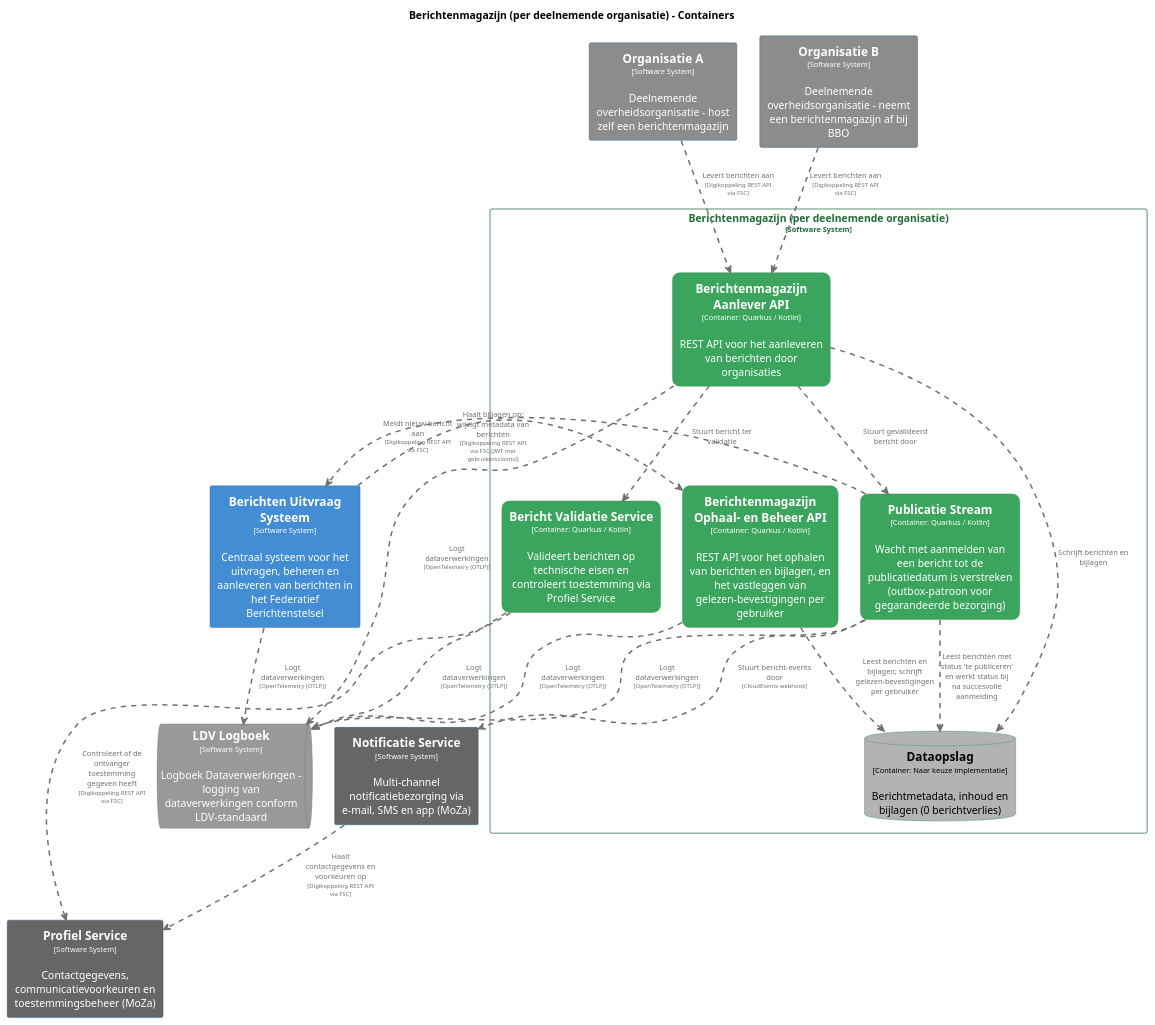
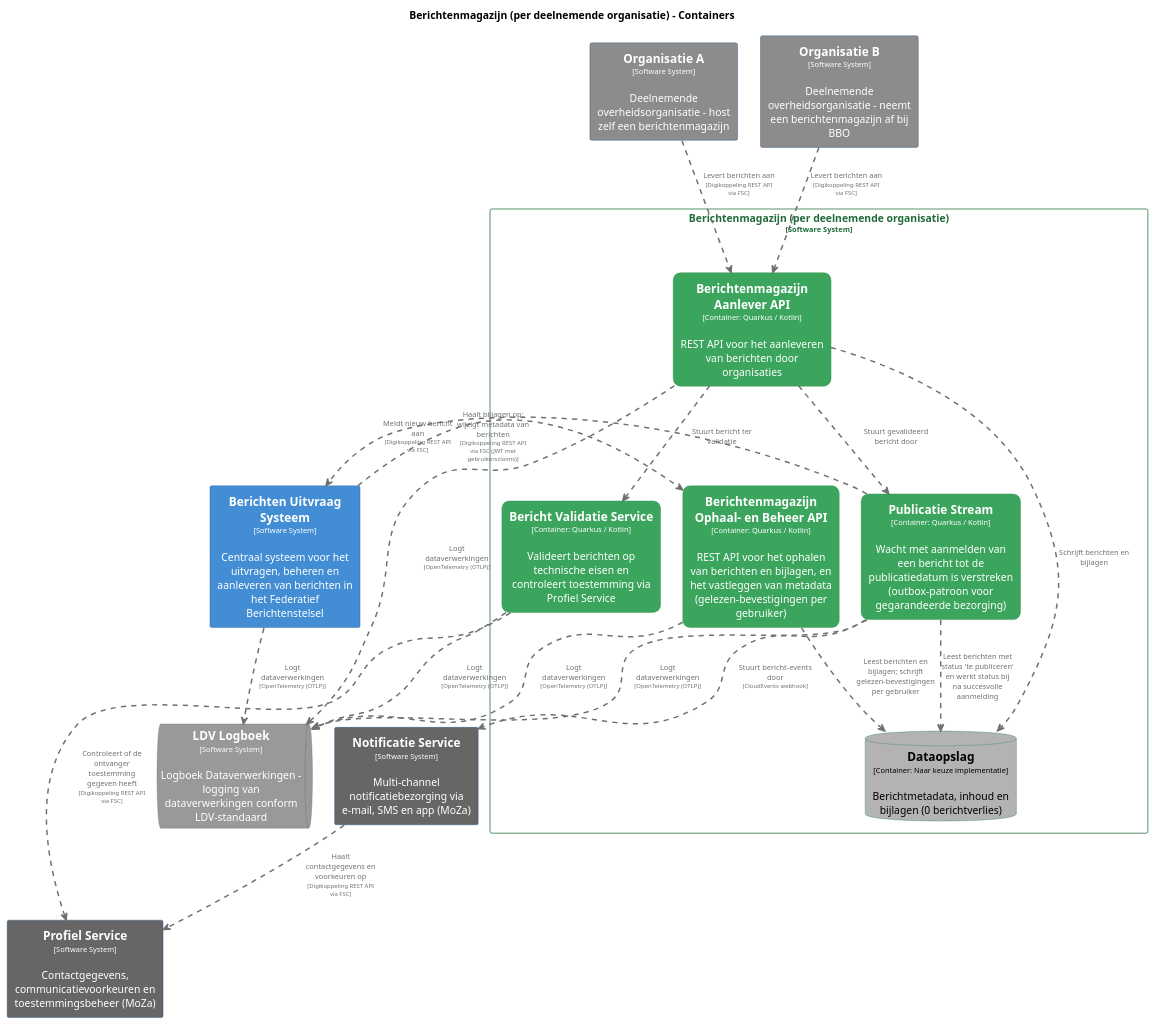
Before and after one commit to MinBZK/moza-poc-fbs-berichtenbox: the diagram in pr-preview/pr-22/master/puml/BerichtenmagazijnContainers.puml, drawn with PlantUML. The commit also changed 52 other files, not shown here.

```diff
--- a/pr-preview/pr-22/master/puml/BerichtenmagazijnContainers.puml
+++ b/pr-preview/pr-22/master/puml/BerichtenmagazijnContainers.puml
@@ -1,126 +1,126 @@
 @startuml
 set separator none
 title Berichtenmagazijn (per deelnemende organisatie) - Containers
 
 top to bottom direction
 skinparam ranksep 60
 skinparam nodesep 30
 
 skinparam {
   arrowFontSize 10
   defaultTextAlignment center
   wrapWidth 200
   maxMessageSize 100
 }
 
 hide stereotype
 
 skinparam rectangle<<Berichtenmagazijnperdeelnemendeorganisatie.BerichtValidatieService>> {
   BackgroundColor #3ba55d
   FontColor #ffffff
   BorderColor #2d8a4e
   roundCorner 20
   shadowing false
 }
 skinparam rectangle<<BerichtenUitvraagSysteem>> {
   BackgroundColor #438dd5
   FontColor #ffffff
   BorderColor #2e6295
   shadowing false
 }
 skinparam rectangle<<Berichtenmagazijnperdeelnemendeorganisatie.BerichtenmagazijnAanleverAPI>> {
   BackgroundColor #3ba55d
   FontColor #ffffff
   BorderColor #2d8a4e
   roundCorner 20
   shadowing false
 }
 skinparam rectangle<<Berichtenmagazijnperdeelnemendeorganisatie.BerichtenmagazijnOphaalenBeheerAPI>> {
   BackgroundColor #3ba55d
   FontColor #ffffff
   BorderColor #2d8a4e
   roundCorner 20
   shadowing false
 }
 skinparam database<<Berichtenmagazijnperdeelnemendeorganisatie.Dataopslag>> {
   BackgroundColor #b3b3b3
   FontColor #000000
   BorderColor #2d8a4e
   shadowing false
 }
 skinparam queue<<LDVLogboek>> {
   BackgroundColor #999999
   FontColor #ffffff
   BorderColor #6b6b6b
   shadowing false
 }
 skinparam rectangle<<NotificatieService>> {
   BackgroundColor #666666
   FontColor #ffffff
   BorderColor #0b4884
   shadowing false
 }
 skinparam rectangle<<OrganisatieA>> {
   BackgroundColor #8c8c8c
   FontColor #ffffff
   BorderColor #0b4884
   shadowing false
 }
 skinparam rectangle<<OrganisatieB>> {
   BackgroundColor #8c8c8c
   FontColor #ffffff
   BorderColor #0b4884
   shadowing false
 }
 skinparam rectangle<<ProfielService>> {
   BackgroundColor #666666
   FontColor #ffffff
   BorderColor #0b4884
   shadowing false
 }
 skinparam rectangle<<Berichtenmagazijnperdeelnemendeorganisatie.PublicatieStream>> {
   BackgroundColor #3ba55d
   FontColor #ffffff
   BorderColor #2d8a4e
   roundCorner 20
   shadowing false
 }
 skinparam rectangle<<Berichtenmagazijnperdeelnemendeorganisatie>> {
   BorderColor #1e6b38
   FontColor #1e6b38
   shadowing false
 }
 
 rectangle "==Profiel Service\n<size:10>[Software System]</size>\n\nContactgegevens, communicatievoorkeuren en toestemmingsbeheer (MoZa)" <<ProfielService>> as ProfielService
 rectangle "==Notificatie Service\n<size:10>[Software System]</size>\n\nMulti-channel notificatiebezorging via e-mail, SMS en app (MoZa)" <<NotificatieService>> as NotificatieService
 rectangle "==Organisatie A\n<size:10>[Software System]</size>\n\nDeelnemende overheidsorganisatie - host zelf een berichtenmagazijn" <<OrganisatieA>> as OrganisatieA
 rectangle "==Organisatie B\n<size:10>[Software System]</size>\n\nDeelnemende overheidsorganisatie - neemt een berichtenmagazijn af bij BBO" <<OrganisatieB>> as OrganisatieB
 rectangle "==Berichten Uitvraag Systeem\n<size:10>[Software System]</size>\n\nCentraal systeem voor het uitvragen, beheren en aanleveren van berichten in het Federatief Berichtenstelsel" <<BerichtenUitvraagSysteem>> as BerichtenUitvraagSysteem
 queue "==LDV Logboek\n<size:10>[Software System]</size>\n\nLogboek Dataverwerkingen - logging van dataverwerkingen conform LDV-standaard" <<LDVLogboek>> as LDVLogboek
 
 rectangle "Berichtenmagazijn (per deelnemende organisatie)\n<size:10>[Software System]</size>" <<Berichtenmagazijnperdeelnemendeorganisatie>> {
-  rectangle "==Berichtenmagazijn Ophaal- en Beheer API\n<size:10>[Container: Quarkus / Kotlin]</size>\n\nREST API voor het ophalen van berichten en bijlagen, en het vastleggen van gelezen-bevestigingen per gebruiker" <<Berichtenmagazijnperdeelnemendeorganisatie.BerichtenmagazijnOphaalenBeheerAPI>> as Berichtenmagazijnperdeelnemendeorganisatie.BerichtenmagazijnOphaalenBeheerAPI
+  rectangle "==Berichtenmagazijn Ophaal- en Beheer API\n<size:10>[Container: Quarkus / Kotlin]</size>\n\nREST API voor het ophalen van berichten en bijlagen, en het vastleggen van metadata (gelezen-bevestigingen per gebruiker)" <<Berichtenmagazijnperdeelnemendeorganisatie.BerichtenmagazijnOphaalenBeheerAPI>> as Berichtenmagazijnperdeelnemendeorganisatie.BerichtenmagazijnOphaalenBeheerAPI
   rectangle "==Berichtenmagazijn Aanlever API\n<size:10>[Container: Quarkus / Kotlin]</size>\n\nREST API voor het aanleveren van berichten door organisaties" <<Berichtenmagazijnperdeelnemendeorganisatie.BerichtenmagazijnAanleverAPI>> as Berichtenmagazijnperdeelnemendeorganisatie.BerichtenmagazijnAanleverAPI
   database "==Dataopslag\n<size:10>[Container: Naar keuze implementatie]</size>\n\nBerichtmetadata, inhoud en bijlagen (0 berichtverlies)" <<Berichtenmagazijnperdeelnemendeorganisatie.Dataopslag>> as Berichtenmagazijnperdeelnemendeorganisatie.Dataopslag
   rectangle "==Bericht Validatie Service\n<size:10>[Container: Quarkus / Kotlin]</size>\n\nValideert berichten op technische eisen en controleert toestemming via Profiel Service" <<Berichtenmagazijnperdeelnemendeorganisatie.BerichtValidatieService>> as Berichtenmagazijnperdeelnemendeorganisatie.BerichtValidatieService
   rectangle "==Publicatie Stream\n<size:10>[Container: Quarkus / Kotlin]</size>\n\nWacht met aanmelden van een bericht tot de publicatiedatum is verstreken (outbox-patroon voor gegarandeerde bezorging)" <<Berichtenmagazijnperdeelnemendeorganisatie.PublicatieStream>> as Berichtenmagazijnperdeelnemendeorganisatie.PublicatieStream
 }
 
 Berichtenmagazijnperdeelnemendeorganisatie.BerichtenmagazijnOphaalenBeheerAPI .[#707070,thickness=2].> LDVLogboek : "<color:#707070>Logt dataverwerkingen\n<color:#707070><size:8>[OpenTelemetry (OTLP)]</size>"
 Berichtenmagazijnperdeelnemendeorganisatie.BerichtenmagazijnAanleverAPI .[#707070,thickness=2].> LDVLogboek : "<color:#707070>Logt dataverwerkingen\n<color:#707070><size:8>[OpenTelemetry (OTLP)]</size>"
 Berichtenmagazijnperdeelnemendeorganisatie.BerichtValidatieService .[#707070,thickness=2].> LDVLogboek : "<color:#707070>Logt dataverwerkingen\n<color:#707070><size:8>[OpenTelemetry (OTLP)]</size>"
 BerichtenUitvraagSysteem .[#707070,thickness=2].> LDVLogboek : "<color:#707070>Logt dataverwerkingen\n<color:#707070><size:8>[OpenTelemetry (OTLP)]</size>"
 Berichtenmagazijnperdeelnemendeorganisatie.PublicatieStream .[#707070,thickness=2].> LDVLogboek : "<color:#707070>Logt dataverwerkingen\n<color:#707070><size:8>[OpenTelemetry (OTLP)]</size>"
 Berichtenmagazijnperdeelnemendeorganisatie.BerichtenmagazijnOphaalenBeheerAPI .[#707070,thickness=2].> Berichtenmagazijnperdeelnemendeorganisatie.Dataopslag : "<color:#707070>Leest berichten en bijlagen; schrijft gelezen-bevestigingen per gebruiker"
 Berichtenmagazijnperdeelnemendeorganisatie.BerichtenmagazijnAanleverAPI .[#707070,thickness=2].> Berichtenmagazijnperdeelnemendeorganisatie.Dataopslag : "<color:#707070>Schrijft berichten en bijlagen"
 Berichtenmagazijnperdeelnemendeorganisatie.BerichtenmagazijnAanleverAPI .[#707070,thickness=2].> Berichtenmagazijnperdeelnemendeorganisatie.BerichtValidatieService : "<color:#707070>Stuurt bericht ter validatie"
 Berichtenmagazijnperdeelnemendeorganisatie.BerichtenmagazijnAanleverAPI .[#707070,thickness=2].> Berichtenmagazijnperdeelnemendeorganisatie.PublicatieStream : "<color:#707070>Stuurt gevalideerd bericht door"
 Berichtenmagazijnperdeelnemendeorganisatie.PublicatieStream .[#707070,thickness=2].> Berichtenmagazijnperdeelnemendeorganisatie.Dataopslag : "<color:#707070>Leest berichten met status 'te publiceren' en werkt status bij na succesvolle aanmelding"
 BerichtenUitvraagSysteem .[#707070,thickness=2].> Berichtenmagazijnperdeelnemendeorganisatie.BerichtenmagazijnOphaalenBeheerAPI : "<color:#707070>Haalt bijlagen op; wijzigt metadata van berichten\n<color:#707070><size:8>[Digikoppeling REST API via FSC (JWT met gebruikersclaims)]</size>"
 Berichtenmagazijnperdeelnemendeorganisatie.PublicatieStream .[#707070,thickness=2].> BerichtenUitvraagSysteem : "<color:#707070>Meldt nieuw bericht aan\n<color:#707070><size:8>[Digikoppeling REST API via FSC]</size>"
 Berichtenmagazijnperdeelnemendeorganisatie.PublicatieStream .[#707070,thickness=2].> NotificatieService : "<color:#707070>Stuurt bericht-events door\n<color:#707070><size:8>[CloudEvents webhook]</size>"
 NotificatieService .[#707070,thickness=2].> ProfielService : "<color:#707070>Haalt contactgegevens en voorkeuren op\n<color:#707070><size:8>[Digikoppeling REST API via FSC]</size>"
 OrganisatieA .[#707070,thickness=2].> Berichtenmagazijnperdeelnemendeorganisatie.BerichtenmagazijnAanleverAPI : "<color:#707070>Levert berichten aan\n<color:#707070><size:8>[Digikoppeling REST API via FSC]</size>"
 OrganisatieB .[#707070,thickness=2].> Berichtenmagazijnperdeelnemendeorganisatie.BerichtenmagazijnAanleverAPI : "<color:#707070>Levert berichten aan\n<color:#707070><size:8>[Digikoppeling REST API via FSC]</size>"
 Berichtenmagazijnperdeelnemendeorganisatie.BerichtValidatieService .[#707070,thickness=2].> ProfielService : "<color:#707070>Controleert of de ontvanger toestemming gegeven heeft\n<color:#707070><size:8>[Digikoppeling REST API via FSC]</size>"
 @enduml
```
